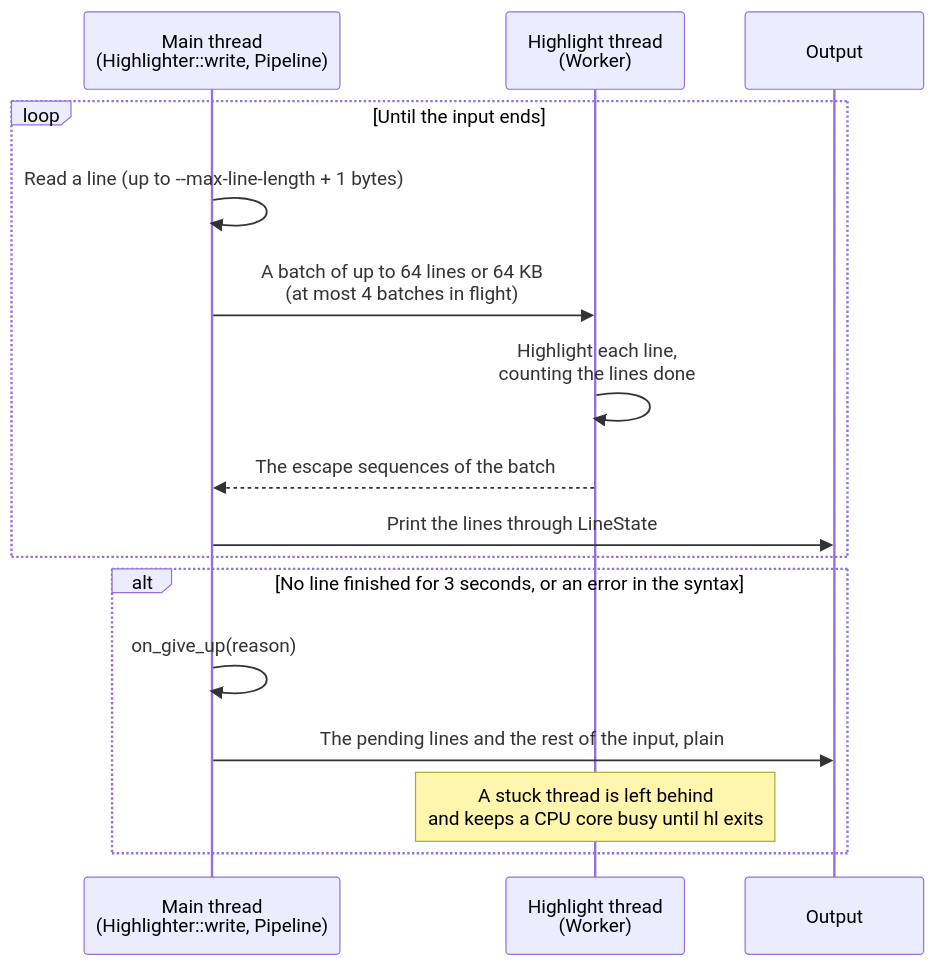
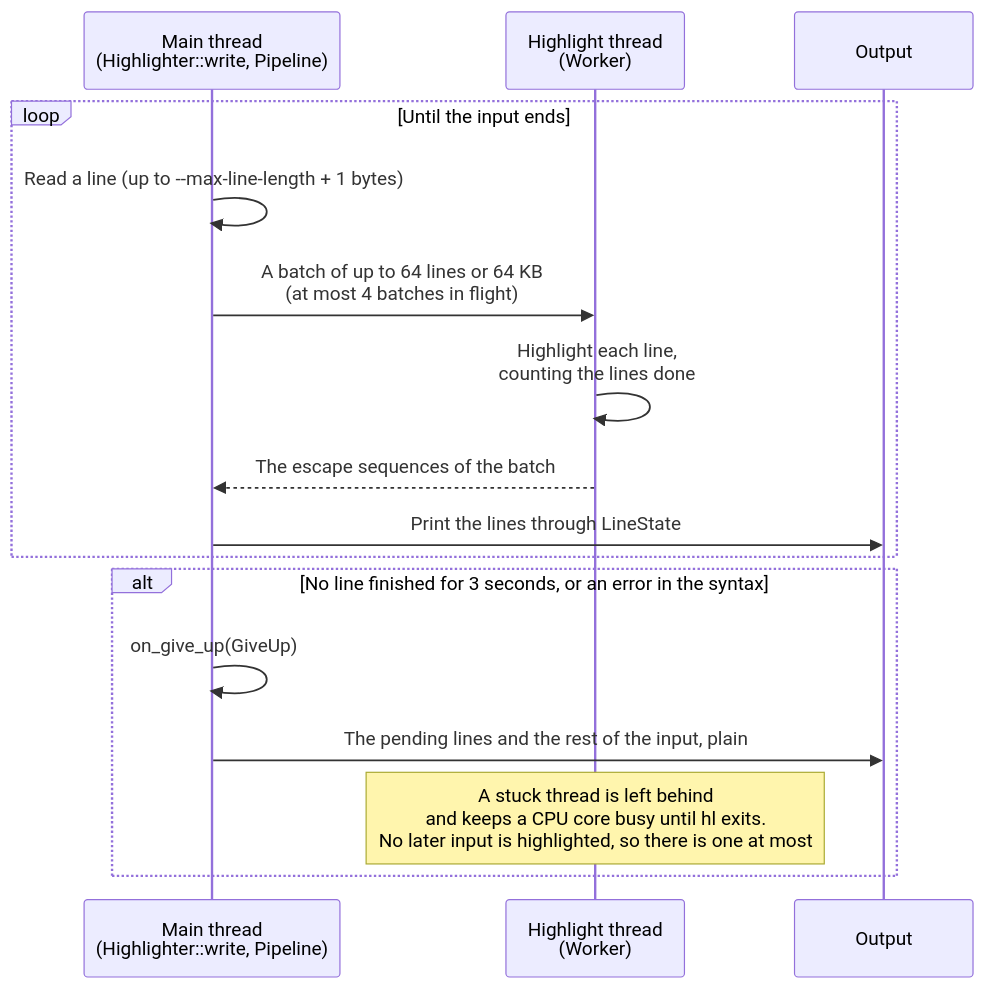
Before and after one commit to codemajin/hl: the third of 4 diagrams in docs/DESIGN.md, drawn with Mermaid. The commit also changed other lines of this file and 9 other files, not shown here.

````diff
--- a/docs/DESIGN.md
+++ b/docs/DESIGN.md
@@ -94,18 +94,18 @@
 ```mermaid
 sequenceDiagram
     participant M as Main thread<br/>(Highlighter::write, Pipeline)
     participant W as Highlight thread<br/>(Worker)
     participant O as Output
     loop Until the input ends
         M->>M: Read a line (up to --max-line-length + 1 bytes)
         M->>W: A batch of up to 64 lines or 64 KB<br/>(at most 4 batches in flight)
         W->>W: Highlight each line,<br/>counting the lines done
         W-->>M: The escape sequences of the batch
         M->>O: Print the lines through LineState
     end
     alt No line finished for 3 seconds, or an error in the syntax
-        M->>M: on_give_up(reason)
+        M->>M: on_give_up(GiveUp)
         M->>O: The pending lines and the rest of the input, plain
-        Note over W: A stuck thread is left behind<br/>and keeps a CPU core busy until hl exits
+        Note over W: A stuck thread is left behind<br/>and keeps a CPU core busy until hl exits.<br/>No later input is highlighted, so there is one at most
     end
 ```
````
